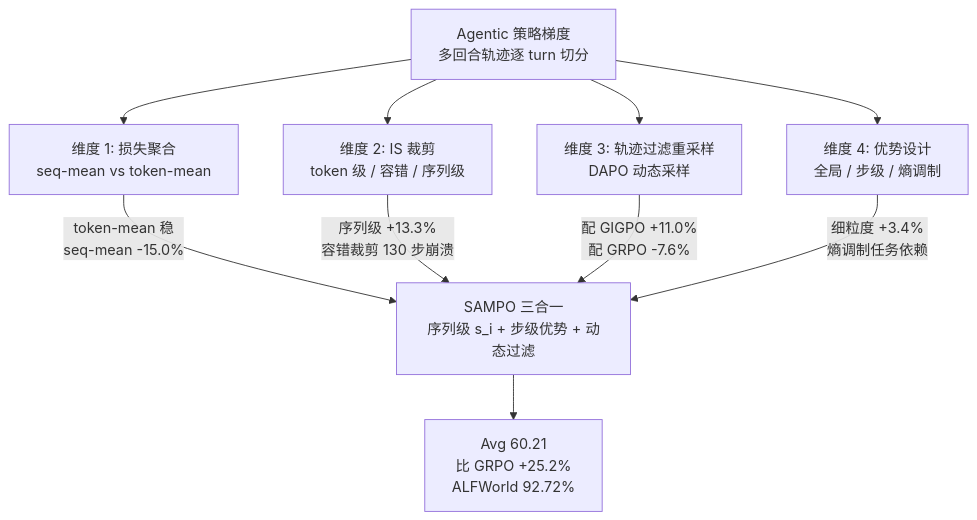
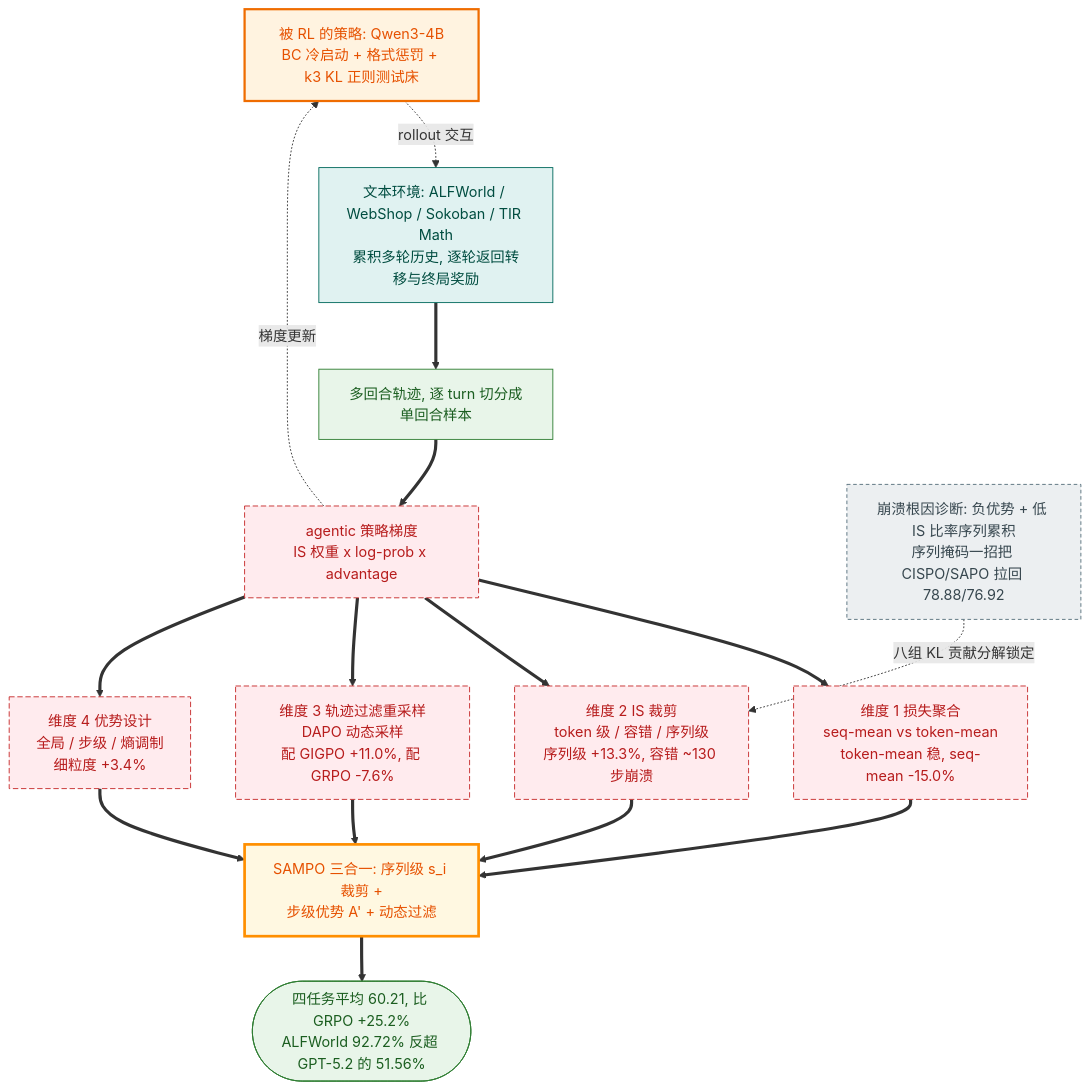
One commit to luohu-arch/physical_intelligence_study changed the diagram in notes/rl/agentic-training/arlarena.md. Above: the diagram before and after it, drawn with Mermaid. The commit also changed 153 other files, not shown here.

````diff
--- a/notes/rl/agentic-training/arlarena.md
+++ b/notes/rl/agentic-training/arlarena.md
@@ -46,12 +46,43 @@
 ```mermaid
+%%{init: {
+  'theme':'base',
+  'themeVariables':{
+    'primaryColor':'#fafbfd','primaryBorderColor':'#4a5d7d','primaryTextColor':'#1f2937',
+    'fontFamily':'"PingFang SC","Hiragino Sans GB","Microsoft YaHei",sans-serif',
+    'fontSize':'14px','clusterBkg':'#fbfcfe','clusterBorder':'#b9c6d8','edgeLabelBackground':'#ffffff'
+  },
+  'flowchart':{'curve':'basis','nodeSpacing':26,'rankSpacing':42,'padding':10}
+}}%%
 flowchart TD
-    PG["Agentic 策略梯度<br/>多回合轨迹逐 turn 切分"] --> D1["维度 1: 损失聚合<br/>seq-mean vs token-mean"]
-    PG --> D2["维度 2: IS 裁剪<br/>token 级 / 容错 / 序列级"]
-    PG --> D3["维度 3: 轨迹过滤重采样<br/>DAPO 动态采样"]
-    PG --> D4["维度 4: 优势设计<br/>全局 / 步级 / 熵调制"]
-    D1 -->|"token-mean 稳<br/>seq-mean -15.0%"| R
-    D2 -->|"序列级 +13.3%<br/>容错裁剪 130 步崩溃"| R
-    D3 -->|"配 GIGPO +11.0%<br/>配 GRPO -7.6%"| R
-    D4 -->|"细粒度 +3.4%<br/>熵调制任务依赖"| R
-    R["SAMPO 三合一<br/>序列级 s_i + 步级优势 + 动态过滤"] --> O["Avg 60.21<br/>比 GRPO +25.2%<br/>ALFWorld 92.72%"]
+    POL["被 RL 的策略: Qwen3-4B<br/>BC 冷启动 + 格式惩罚 + k3 KL 正则测试床"]:::train
+    ENV["文本环境: ALFWorld / WebShop / Sokoban / TIR Math<br/>累积多轮历史, 逐轮返回转移与终局奖励"]:::env
+    TRAJ["多回合轨迹, 逐 turn 切分成单回合样本"]:::data
+    PG["agentic 策略梯度<br/>IS 权重 x log-prob x advantage"]:::loss
+
+    PG ==> D1["维度 1 损失聚合<br/>seq-mean vs token-mean<br/>token-mean 稳, seq-mean -15.0%"]:::loss
+    PG ==> D2["维度 2 IS 裁剪<br/>token 级 / 容错 / 序列级<br/>序列级 +13.3%, 容错 ~130 步崩溃"]:::loss
+    PG ==> D3["维度 3 轨迹过滤重采样<br/>DAPO 动态采样<br/>配 GIGPO +11.0%, 配 GRPO -7.6%"]:::loss
+    PG ==> D4["维度 4 优势设计<br/>全局 / 步级 / 熵调制<br/>细粒度 +3.4%"]:::loss
+
+    CRASH["崩溃根因诊断: 负优势 + 低 IS 比率序列累积<br/>序列掩码一招把 CISPO/SAPO 拉回 78.88/76.92"]:::loop
+    SAMPO["SAMPO 三合一: 序列级 s_i 裁剪 +<br/>步级优势 A' + 动态过滤"]:::key
+    ACC(["四任务平均 60.21, 比 GRPO +25.2%<br/>ALFWorld 92.72% 反超 GPT-5.2 的 51.56%"]):::data
+
+    POL -.->|"rollout 交互"| ENV
+    ENV ==> TRAJ
+    TRAJ ==> PG
+    D1 ==> SAMPO
+    D2 ==> SAMPO
+    D3 ==> SAMPO
+    D4 ==> SAMPO
+    CRASH -.->|"八组 KL 贡献分解锁定"| D2
+    SAMPO ==> ACC
+    PG -.->|"梯度更新"| POL
+
+    classDef data fill:#e8f5e9,stroke:#2e7d32,color:#1b5e20
+    classDef train fill:#fff3e0,stroke:#ef6c00,stroke-width:2.5px,color:#e65100
+    classDef loss fill:#ffebee,stroke:#c62828,stroke-dasharray:6 3,color:#b71c1c
+    classDef loop fill:#eceff1,stroke:#546e7a,stroke-dasharray:4 3,color:#37474f
+    classDef env fill:#e0f2f1,stroke:#00695c,color:#004d40
+    classDef key fill:#fff8e1,stroke:#ff8f00,stroke-width:3px,color:#e65100
 ```
````
